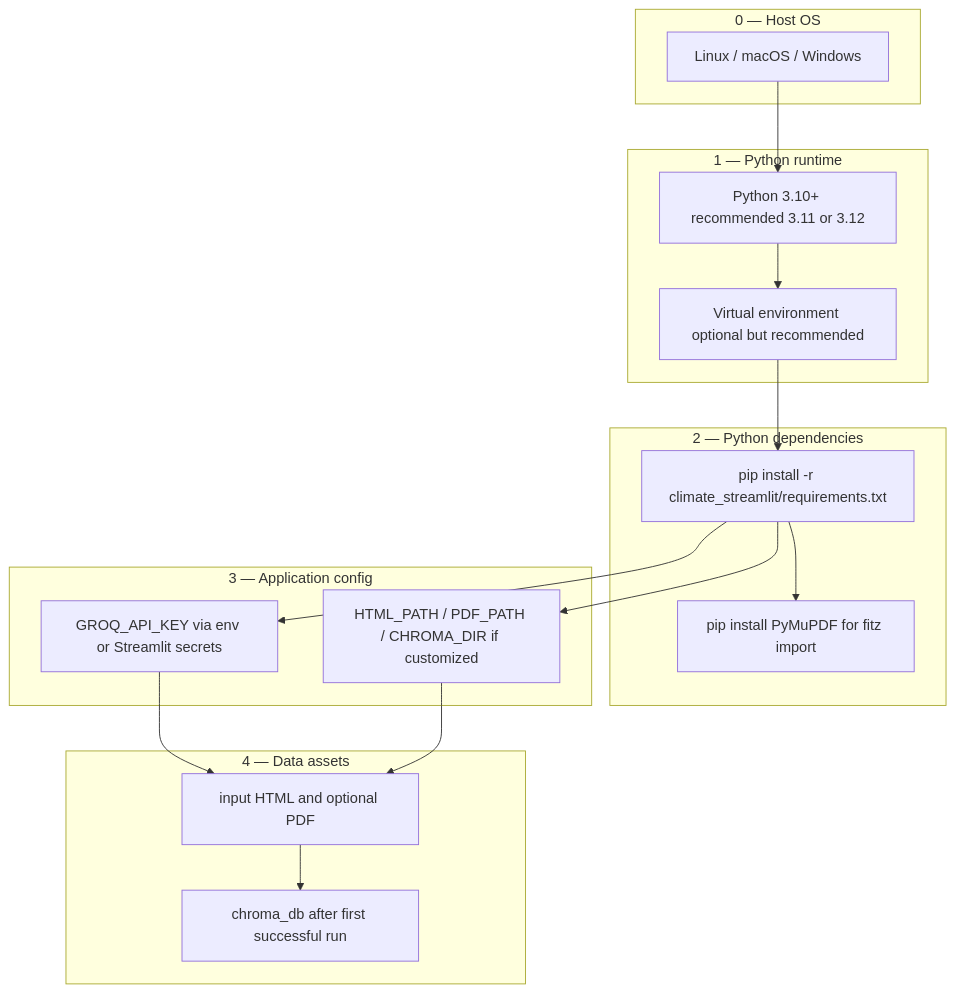
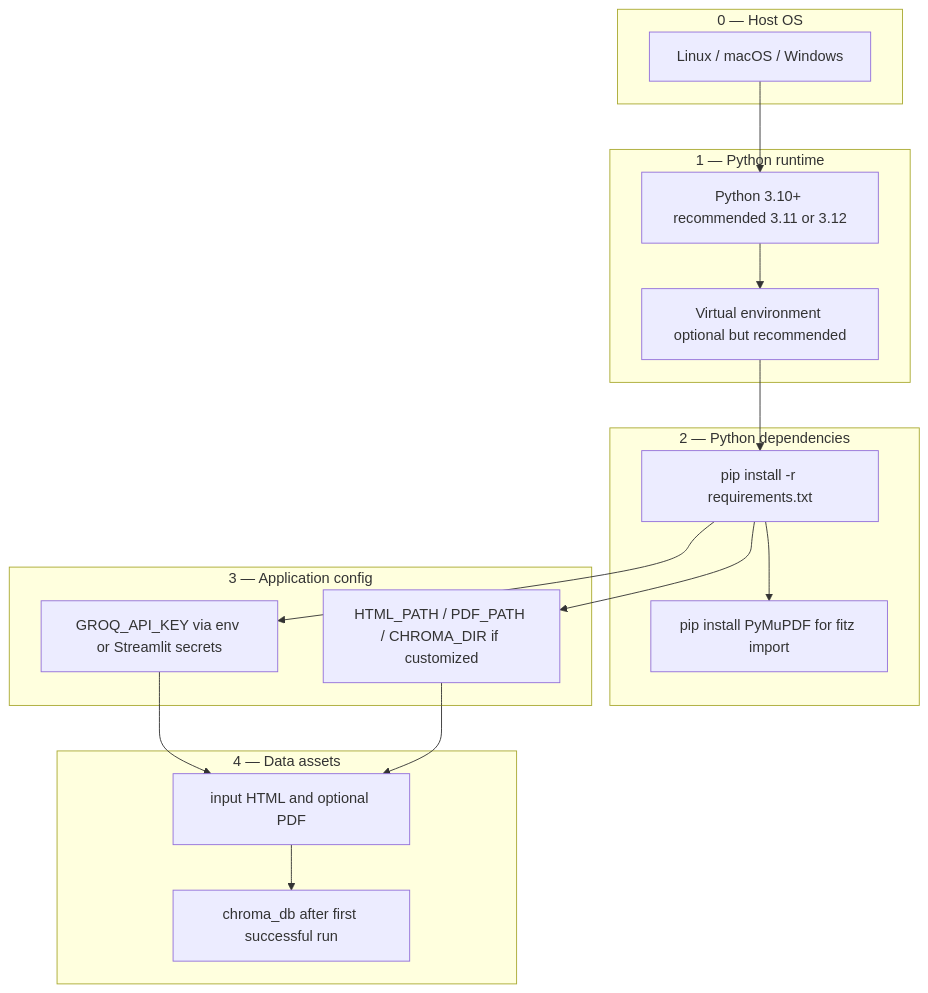
The diagram in docs/installation/installation-architecture.md (semanticClimate/chatbot), drawn with Mermaid before and after one commit. The commit also changed other lines of this file and 29 other files, not shown here.

````diff
--- a/docs/installation/installation-architecture.md
+++ b/docs/installation/installation-architecture.md
@@ -18,33 +18,33 @@
 ```mermaid
 flowchart TB
   subgraph Layer0["0 — Host OS"]
     OS[Linux / macOS / Windows]
   end
 
   subgraph Layer1["1 — Python runtime"]
     Py[Python 3.10+ recommended 3.11 or 3.12]
     Venv[Virtual environment optional but recommended]
   end
 
   subgraph Layer2["2 — Python dependencies"]
-    Req[pip install -r climate_streamlit/requirements.txt]
+    Req[pip install -r requirements.txt]
     MuPDF[pip install PyMuPDF for fitz import]
   end
 
   subgraph Layer3["3 — Application config"]
     Secrets[GROQ_API_KEY via env or Streamlit secrets]
     Paths[HTML_PATH / PDF_PATH / CHROMA_DIR if customized]
   end
 
   subgraph Layer4["4 — Data assets"]
     Input[input HTML and optional PDF]
     Index[chroma_db after first successful run]
   end
 
   OS --> Py --> Venv --> Req --> MuPDF
   Req --> Secrets
   Req --> Paths
   Secrets --> Input
   Paths --> Input
   Input --> Index
 ```
````
